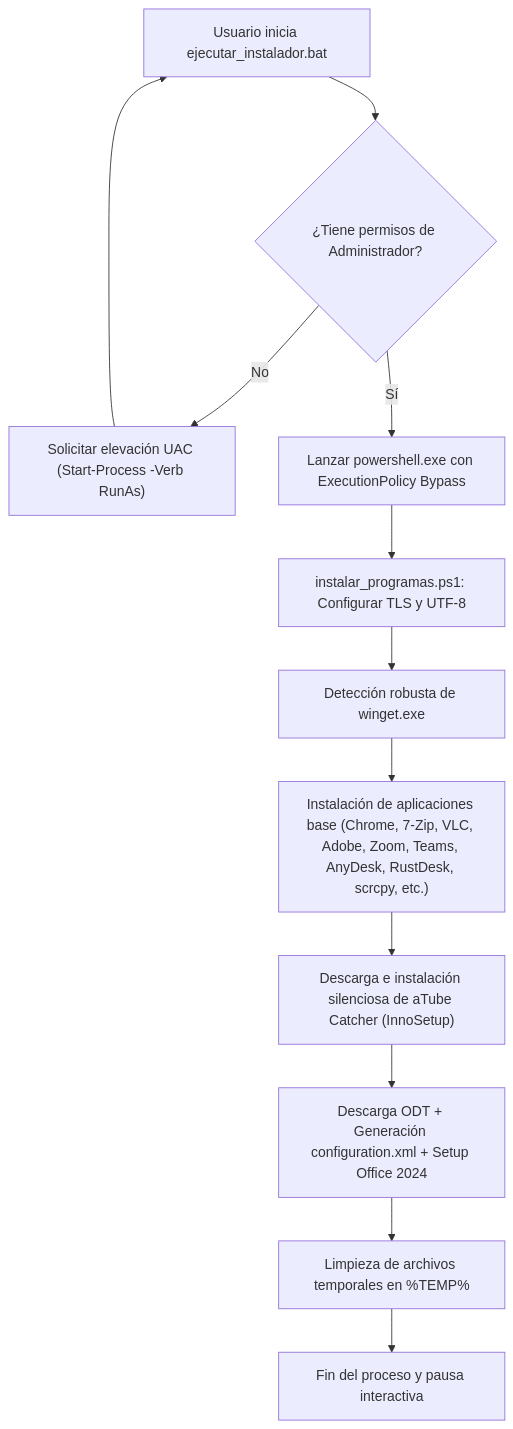
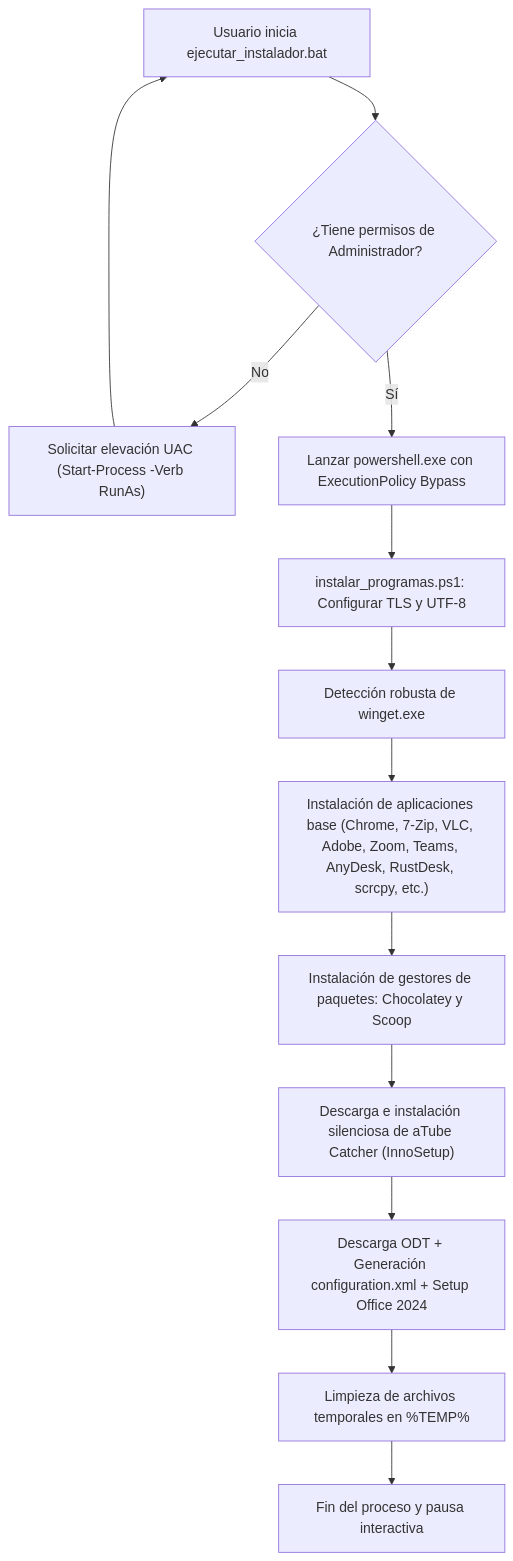
The diagram in GUIA_DIDACTICA.md (BENDER35/script_insbasic_10-11), drawn with Mermaid before and after one commit. The commit also changed other lines of this file and 2 other files, not shown here.

Commit message:
Añadidos Chocolatey y Scoop al instalador y documentación actualizada

````diff
--- a/GUIA_DIDACTICA.md
+++ b/GUIA_DIDACTICA.md
@@ -37,14 +38,15 @@
 ```mermaid
 flowchart TD
     A["Usuario inicia ejecutar_instalador.bat"] --> B{"¿Tiene permisos de Administrador?"}
     B -- No --> C["Solicitar elevación UAC (Start-Process -Verb RunAs)"]
     C --> A
     B -- Sí --> D["Lanzar powershell.exe con ExecutionPolicy Bypass"]
     D --> E["instalar_programas.ps1: Configurar TLS y UTF-8"]
     E --> F["Detección robusta de winget.exe"]
     F --> G["Instalación de aplicaciones base (Chrome, 7-Zip, VLC, Adobe, Zoom, Teams, AnyDesk, RustDesk, scrcpy, etc.)"]
-    G --> H["Descarga e instalación silenciosa de aTube Catcher (InnoSetup)"]
-    H --> I["Descarga ODT + Generación configuration.xml + Setup Office 2024"]
-    I --> J["Limpieza de archivos temporales en %TEMP%"]
-    J --> K["Fin del proceso y pausa interactiva"]
+    G --> H["Instalación de gestores de paquetes: Chocolatey y Scoop"]
+    H --> I["Descarga e instalación silenciosa de aTube Catcher (InnoSetup)"]
+    I --> J["Descarga ODT + Generación configuration.xml + Setup Office 2024"]
+    J --> K["Limpieza de archivos temporales en %TEMP%"]
+    K --> L["Fin del proceso y pausa interactiva"]
 ```
````
